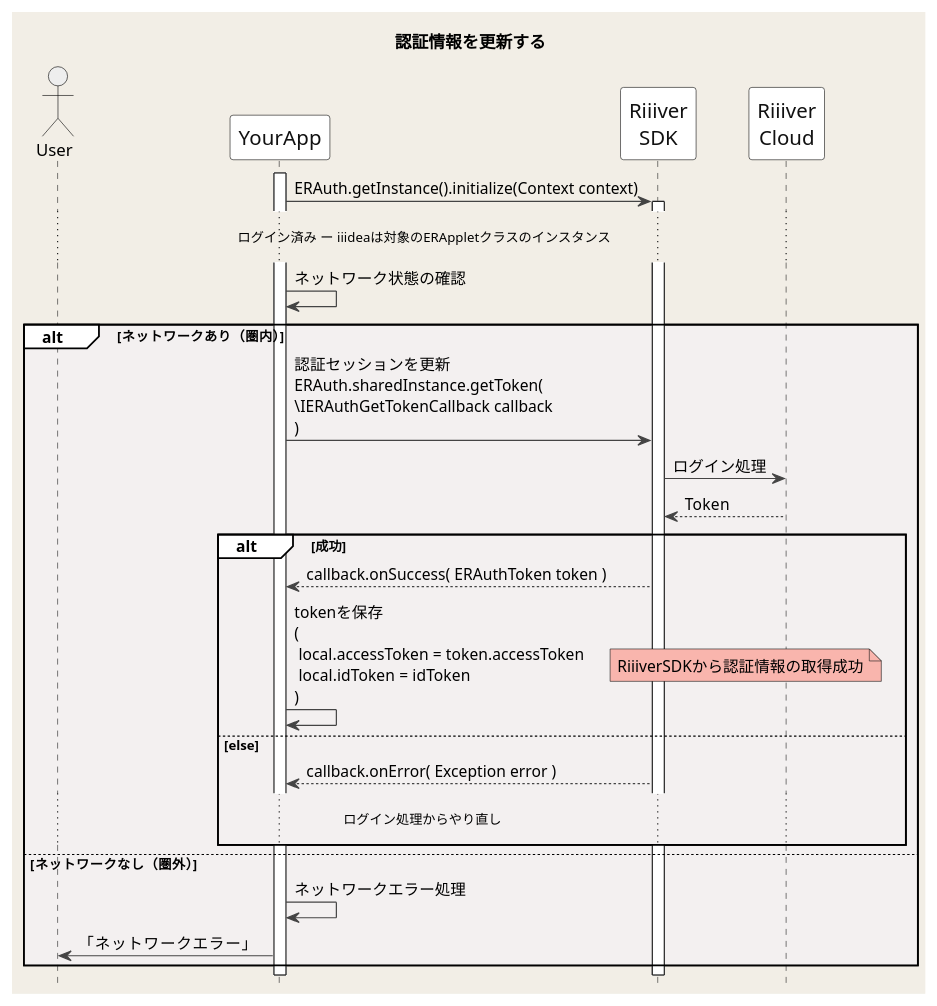
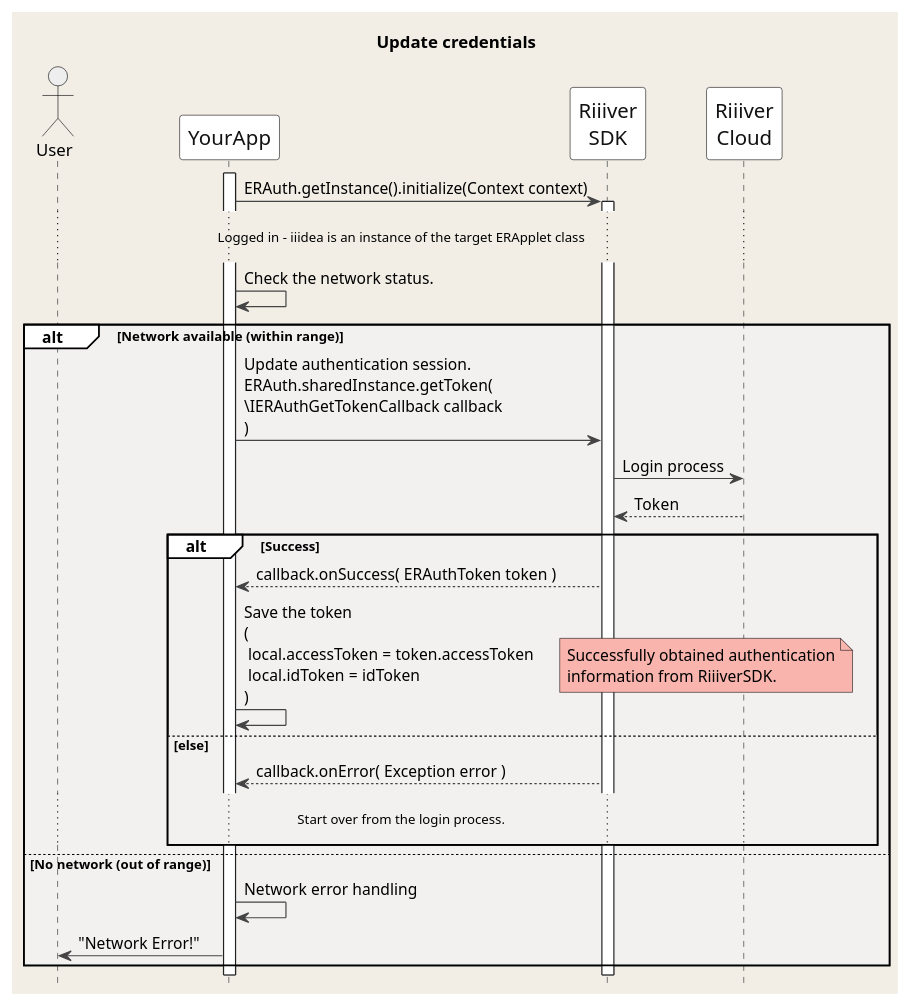
Before and after one commit to CitizenWatch/RiiiverResources: the diagram in images/Android/en/Sequences/updateToken.pu, drawn with PlantUML. The commit also changed 7 other files, not shown here.

Commit message:
Added English Sequence figures

```diff
--- a/images/Android/en/Sequences/updateToken.pu
+++ b/images/Android/en/Sequences/updateToken.pu
@@ -1,61 +1,61 @@
 @startuml
-title 認証情報を更新する
+title Update credentials
 hide footbox
 
 skinparam DefaultFontName "Noto Sans JP, Helvetica, Arial, Liberation Sans"
 skinparam BackgroundColor #F2EEE6
 skinparam Shadowing false
 skinparam NoteBackgroundColor #F9B5AD
 skinparam NodeBorderColor #F26767
 
 skinparam sequence {
 ArrowColor #444444
 ActorBorderColor Black
 LifeLineBorderColor #222222
 LifeLineBackgroundColor White
 BoxBorderColor #FFFFFF
 BoxBackgroundColor #F2fEf6
 GroupBackgroundColor #FFFFFF
 GroupBodyBackgroundColor #F3F0F0
 
 ParticipantBorderColor #111111
 ParticipantBackgroundColor White
 ParticipantFontSize 17
 ParticipantFontColor #111111
 BoundaryBorderColor Gray
 ActorBackgroundColor #eeeeee
 ActorFontColor Black
 
 }
 
 actor User
 participant YourApp as App
 participant "Riiiver\nSDK" as ERSDK
 participant "Riiiver\nCloud" as Riiiver
 
 activate App
 
 App -> ERSDK: ERAuth.getInstance().initialize(Context context)
 activate ERSDK
 
-... ログイン済み ー iiideaは対象のERAppletクラスのインスタンス...
+... Logged in - iiidea is an instance of the target ERApplet class ...
 
-App -> App: ネットワーク状態の確認
-alt ネットワークあり（圏内）
-    App -> ERSDK: 認証セッションを更新\nERAuth.sharedInstance.getToken(\n\IERAuthGetTokenCallback callback\n)
-    ERSDK -> Riiiver: ログイン処理
+App -> App: Check the network status.
+alt Network available (within range)
+    App -> ERSDK: Update authentication session.\nERAuth.sharedInstance.getToken(\n\IERAuthGetTokenCallback callback\n)
+    ERSDK -> Riiiver: Login process
     ERSDK <-- Riiiver: Token
-    alt 成功
+    alt Success
     App <-- ERSDK: callback.onSuccess( ERAuthToken token )
-        App -> App: tokenを保存\n(\n local.accessToken = token.accessToken\n local.idToken = idToken\n)
-        note right: RiiiverSDKから認証情報の取得成功
+        App -> App: Save the token\n(\n local.accessToken = token.accessToken\n local.idToken = idToken\n)
+        note right: Successfully obtained authentication\ninformation from RiiiverSDK.
     else else
     App <-- ERSDK: callback.onError( Exception error )
-        ... ログイン処理からやり直し ...
+        ... Start over from the login process. ...
     end
-else ネットワークなし（圏外）
-    App -> App: ネットワークエラー処理
-    User <- App: 「ネットワークエラー」　
+else No network (out of range)
+    App -> App: Network error handling
+    User <- App: "Network Error!"　
 end
 
 @enduml
```
